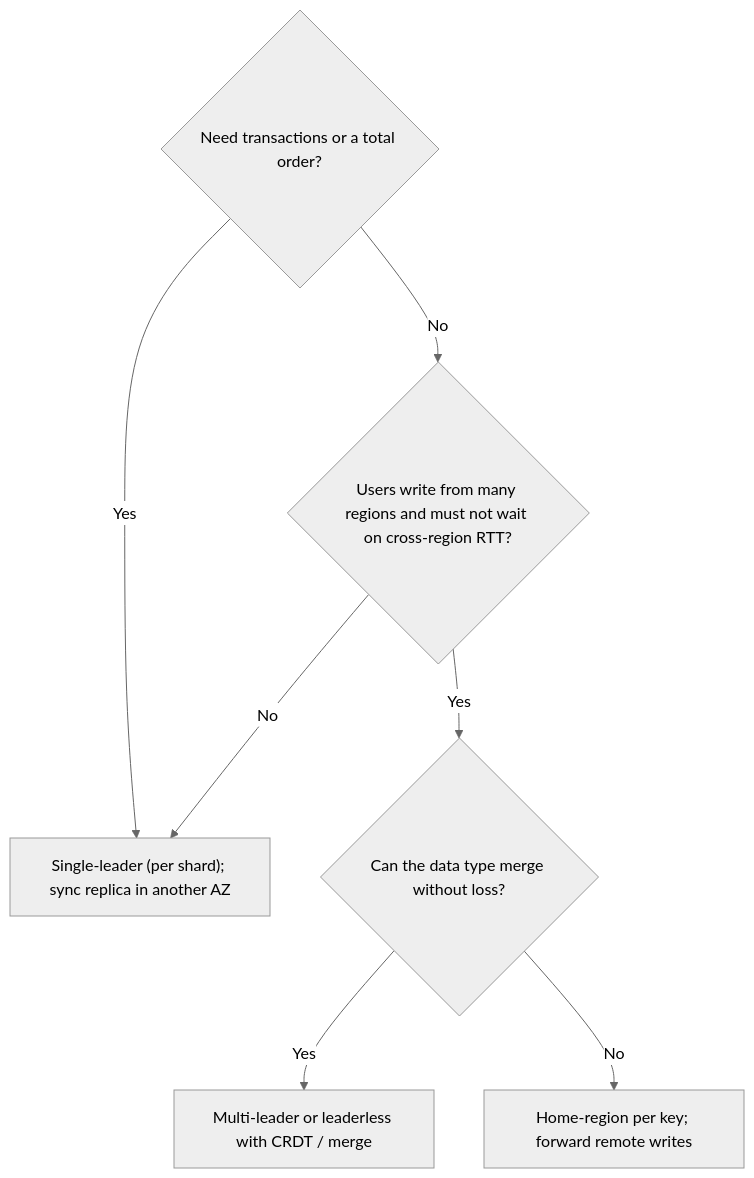
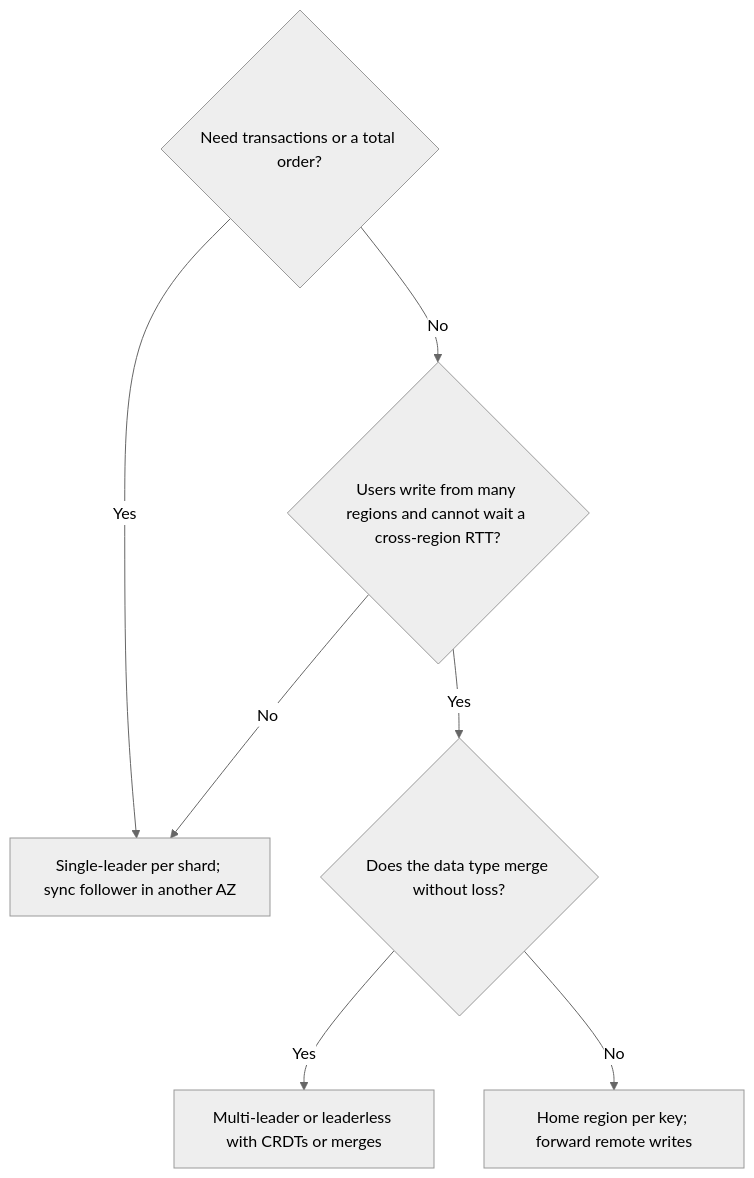
One commit to thull32/ascend changed the diagram in content/tracks/09-system-design/02-distributed-systems/02-replication-strategies.md. Above: the diagram before and after it, drawn with Mermaid (neutral theme). The commit also changed other lines of this file and 11 other files, not shown here.

````diff
--- a/content/tracks/09-system-design/02-distributed-systems/02-replication-strategies.md
+++ b/content/tracks/09-system-design/02-distributed-systems/02-replication-strategies.md
@@ -124,9 +186,9 @@
 ```mermaid
 flowchart TD
-    Q1{"Need transactions or a total order?"} -- "Yes" --> SL["Single-leader (per shard); sync replica in another AZ"]
-    Q1 -- "No" --> Q2{"Users write from many regions and must not wait on cross-region RTT?"}
+    Q1{"Need transactions or a total order?"} -- "Yes" --> SL["Single-leader per shard; sync follower in another AZ"]
+    Q1 -- "No" --> Q2{"Users write from many regions and cannot wait a cross-region RTT?"}
     Q2 -- "No" --> SL
-    Q2 -- "Yes" --> Q3{"Can the data type merge without loss?"}
-    Q3 -- "Yes" --> ML["Multi-leader or leaderless with CRDT / merge"]
-    Q3 -- "No" --> HOME["Home-region per key; forward remote writes"]
+    Q2 -- "Yes" --> Q3{"Does the data type merge without loss?"}
+    Q3 -- "Yes" --> ML["Multi-leader or leaderless with CRDTs or merges"]
+    Q3 -- "No" --> HOME["Home region per key; forward remote writes"]
 ```
````
